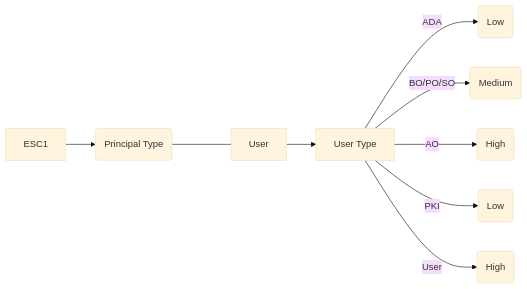
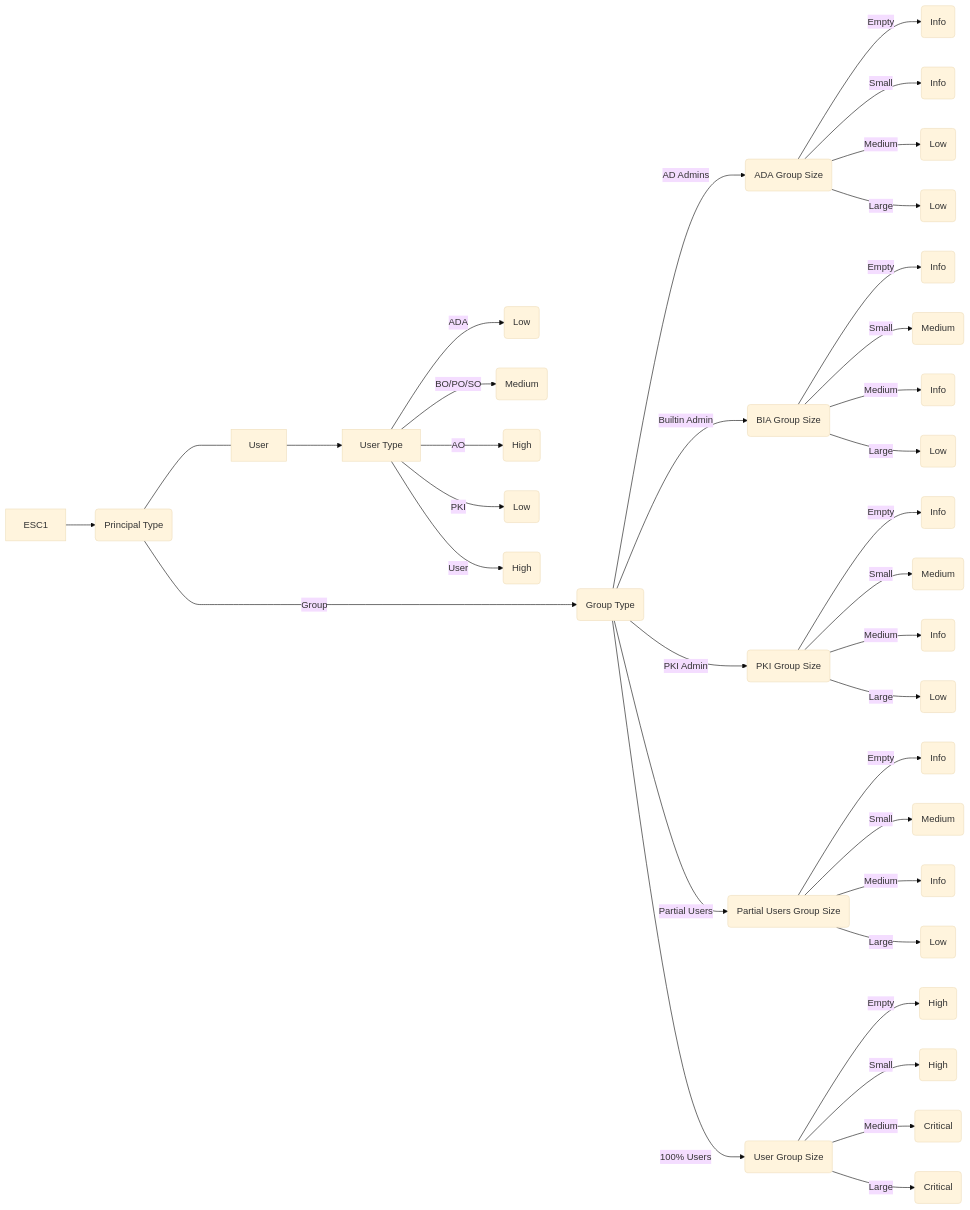
The diagram in Graphics/ESC1.md (TrimarcJake/Locksmith), drawn with Mermaid (base theme) before and after one commit.

````diff
--- a/Graphics/ESC1.md
+++ b/Graphics/ESC1.md
@@ -1,10 +1,36 @@
 ```mermaid
 flowchart LR
     ESC1 --> PrincipalType(Principal Type);
         PrincipalType ---- User --> UserType["User Type"];
             UserType -- ADA --> ADAUPriority(Low);
             UserType -- BO/PO/SO --> BIAUPriority(Medium);
             UserType -- AO --> AOUPriority(High);
             UserType -- PKI --> PKIAUPriority(Low);
             UserType -- User --> UserPriority(High);
+    PrincipalType ------>|Group| GroupType("Group Type");
+            GroupType -- AD Admins --> ADASize(ADA Group Size);
+                ADASize -- Empty --> ADAEGPriority(Info);
+                ADASize -- Small --> ADASGPriority(Info);
+                ADASize -- Medium --> ADAMGPriority(Low);
+                ADASize -- Large --> ADALGPriority(Low);
+            GroupType -- Builtin Admin --> BIASize(BIA Group Size);
+                BIASize -- Empty --> BIAEGPriority(Info);
+                BIASize -- Small --> BIASGPriority(Medium);
+                BIASize -- Medium --> BIAMGPriority(Info);
+                BIASize -- Large --> BIALGPriority(Low);
+            GroupType -- PKI Admin --> PKIASize(PKI Group Size);
+                PKIASize -- Empty --> PKIAEGPriority(Info);
+                PKIASize -- Small --> PKIASGPriority(Medium);
+                PKIASize -- Medium --> PKIAMGPriority(Info);
+                PKIASize -- Large --> PKIALGPriority(Low);
+            GroupType -- Partial Users --> SomeUsersSize(Partial Users Group Size);
+                SomeUsersSize -- Empty --> SomeUsersEGPriority(Info);
+                SomeUsersSize -- Small --> SomeUsersSGPriority(Medium);
+                SomeUsersSize -- Medium --> SomeUsersMGPriority(Info);
+                SomeUsersSize -- Large --> SomeUsersLGPriority(Low);
+            GroupType -- 100% Users --> UsersSize(User Group Size);
+                UsersSize -- Empty --> UsersEGPriority(High);
+                UsersSize -- Small --> UsersSGPriority(High);
+                UsersSize -- Medium --> UsersMGPriority(Critical);
+                UsersSize -- Large --> UsersLGPriority(Critical);
 ```
````
